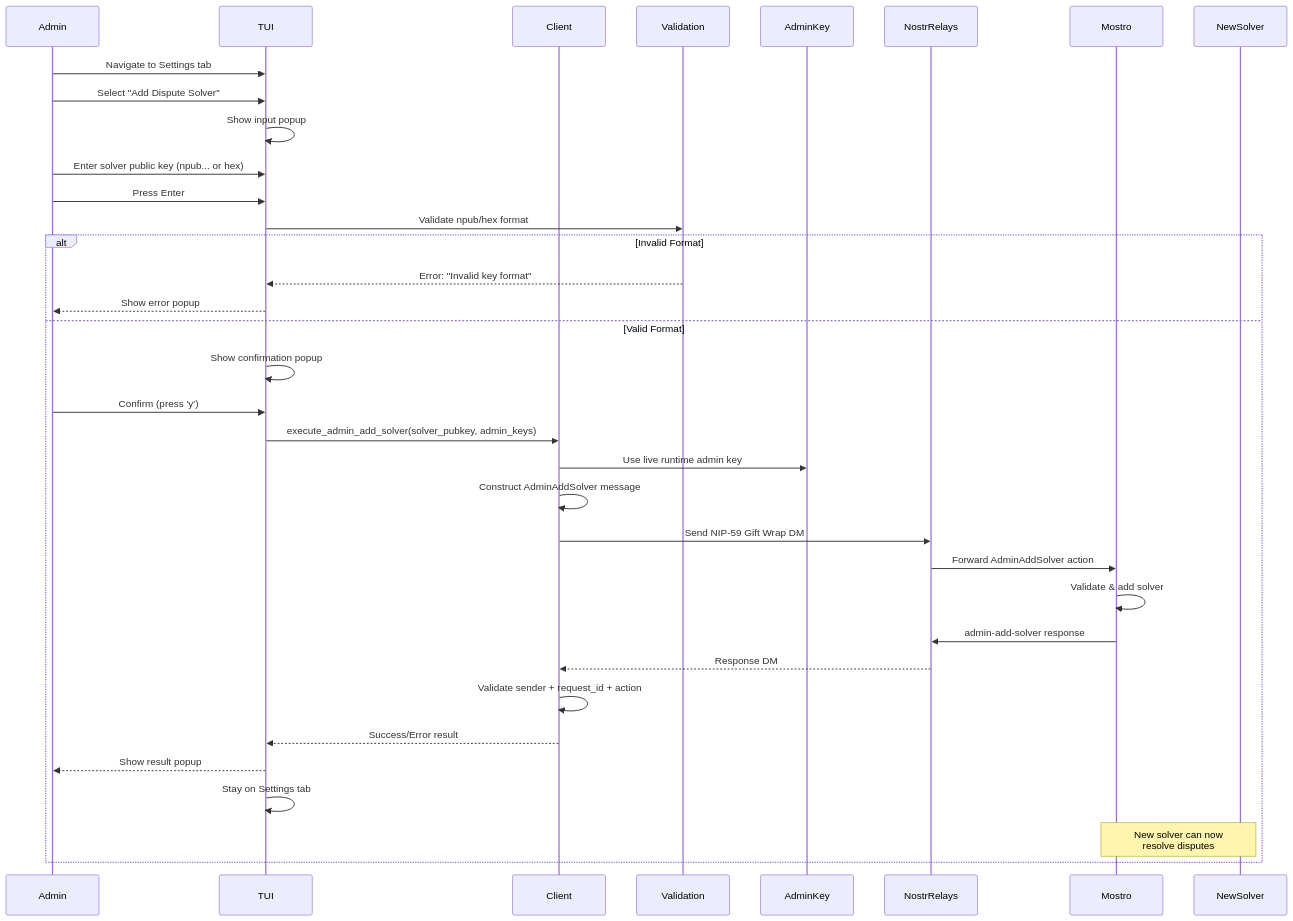
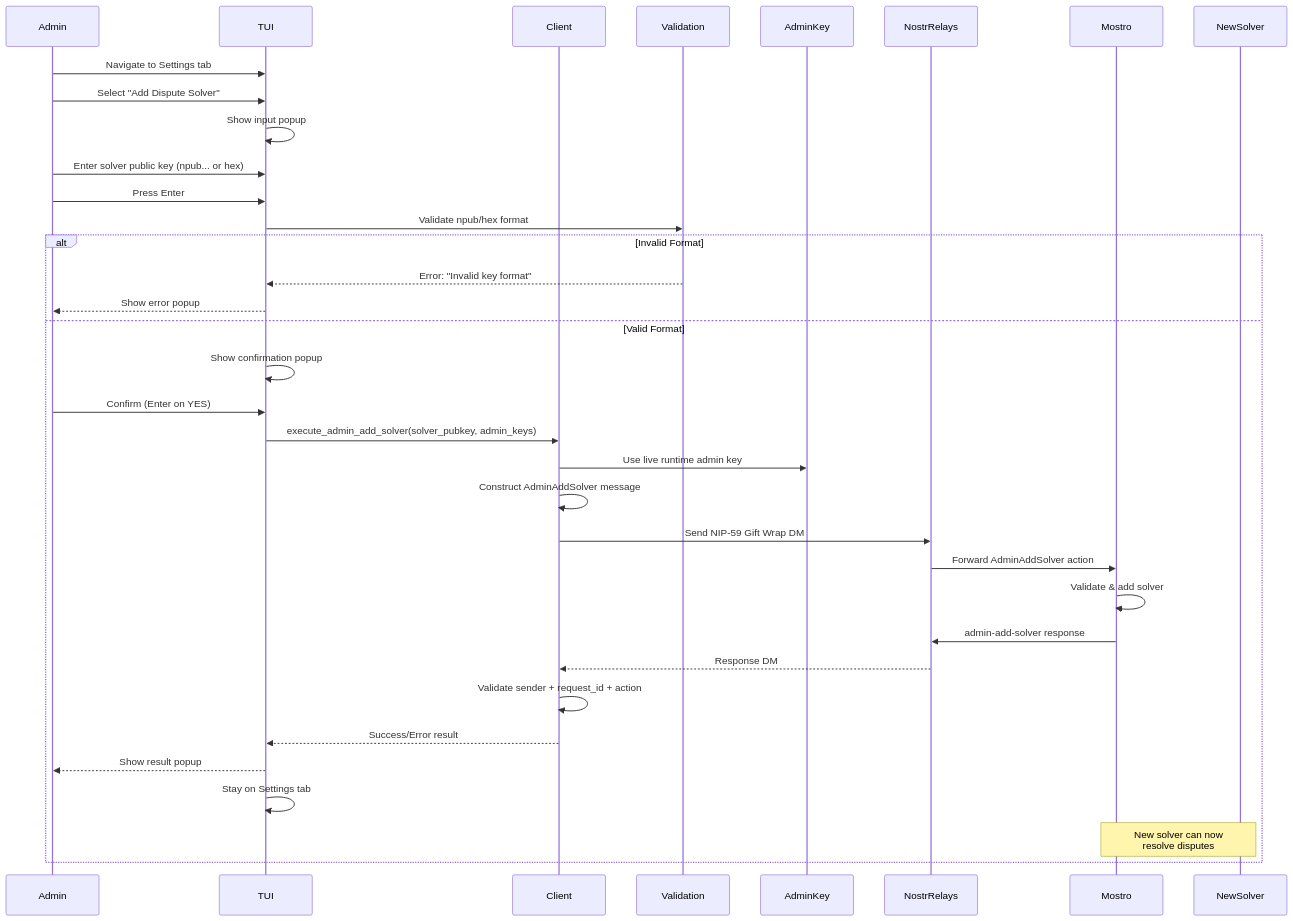
Before and after one commit to MostroP2P/mostrix: the third of 5 diagrams in docs/ADMIN_DISPUTES.md, drawn with Mermaid. The commit also changed 6 other files, not shown here.

````diff
--- a/docs/ADMIN_DISPUTES.md
+++ b/docs/ADMIN_DISPUTES.md
@@ -433,38 +433,38 @@
 ```mermaid
 sequenceDiagram
     participant Admin
     participant TUI
     participant Client
     participant Validation
     participant AdminKey
     participant NostrRelays
     participant Mostro
     participant NewSolver
 
     Admin->>TUI: Navigate to Settings tab
     Admin->>TUI: Select "Add Dispute Solver"
     TUI->>TUI: Show input popup
     Admin->>TUI: Enter solver public key (npub... or hex)
     Admin->>TUI: Press Enter
     TUI->>Validation: Validate npub/hex format
     alt Invalid Format
         Validation-->>TUI: Error: "Invalid key format"
         TUI-->>Admin: Show error popup
     else Valid Format
         TUI->>TUI: Show confirmation popup
-        Admin->>TUI: Confirm (press 'y')
+        Admin->>TUI: Confirm (Enter on YES)
         TUI->>Client: execute_admin_add_solver(solver_pubkey, admin_keys)
         Client->>AdminKey: Use live runtime admin key
         Client->>Client: Construct AdminAddSolver message
         Client->>NostrRelays: Send NIP-59 Gift Wrap DM
         NostrRelays->>Mostro: Forward AdminAddSolver action
         Mostro->>Mostro: Validate & add solver
         Mostro->>NostrRelays: admin-add-solver response
         NostrRelays-->>Client: Response DM
         Client->>Client: Validate sender + request_id + action
         Client-->>TUI: Success/Error result
         TUI-->>Admin: Show result popup
         TUI->>TUI: Stay on Settings tab
         Note over Mostro,NewSolver: New solver can now<br/>resolve disputes
     end
 ```
````
